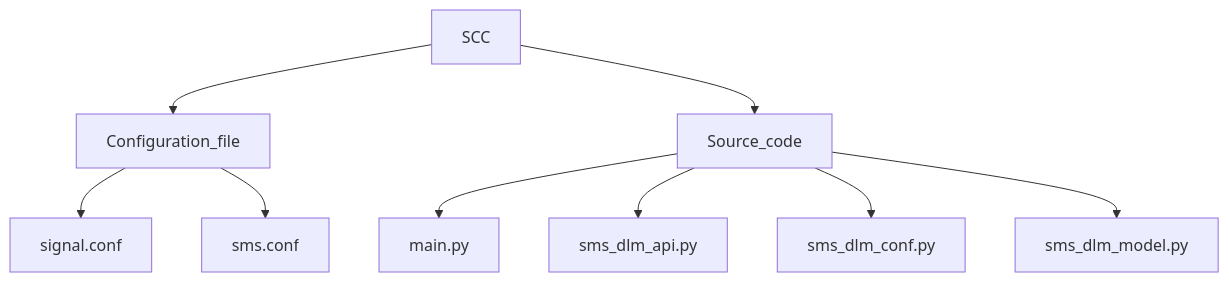
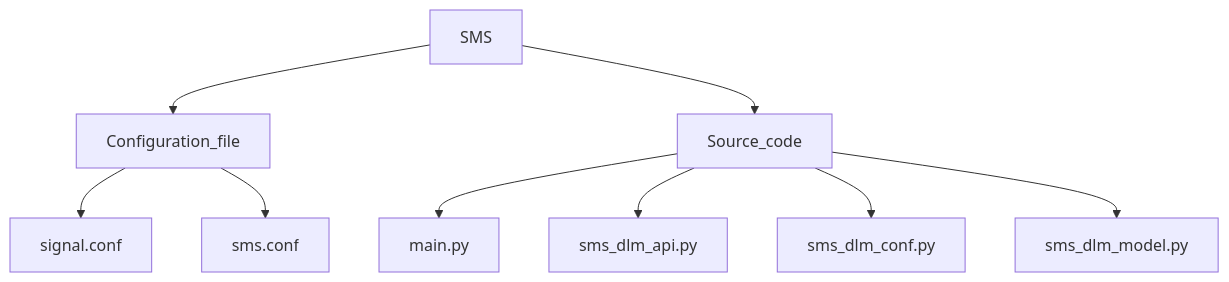
One commit to paragnema1/Signal_Managing_System_Module changed the diagram in README.md. Above: the diagram before and after it, drawn with Mermaid.

````diff
--- a/README.md
+++ b/README.md
@@ -3,11 +3,11 @@
 ```mermaid
 graph TD;
-    SCC-->Configuration_file;
-    SCC-->Source_code;
+    SMS-->Configuration_file;
+    SMS-->Source_code;
     Configuration_file-->signal.conf;
     Configuration_file-->sms.conf;
     Source_code-->main.py;
     Source_code-->sms_dlm_api.py;
     Source_code-->sms_dlm_conf.py;
     Source_code-->sms_dlm_model.py;
 ```
````
